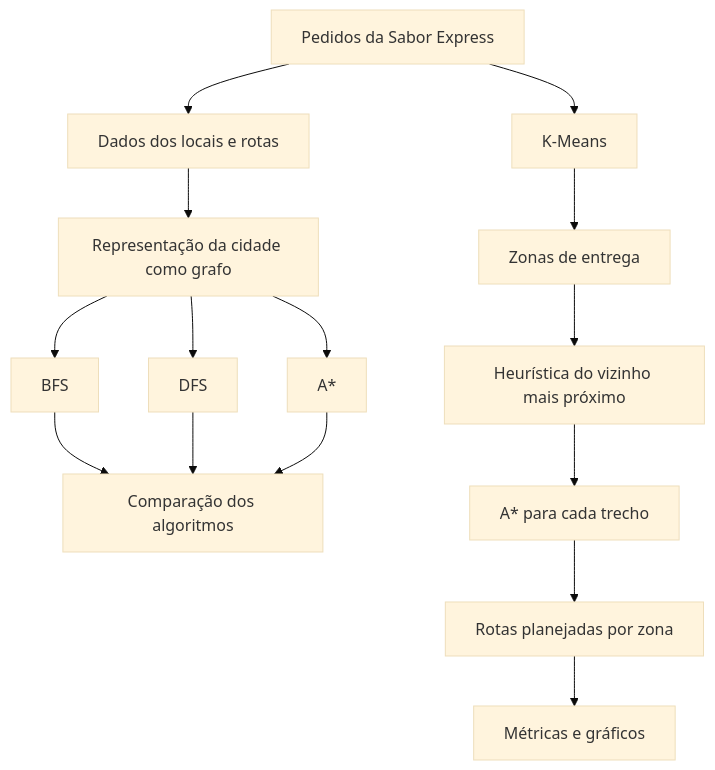
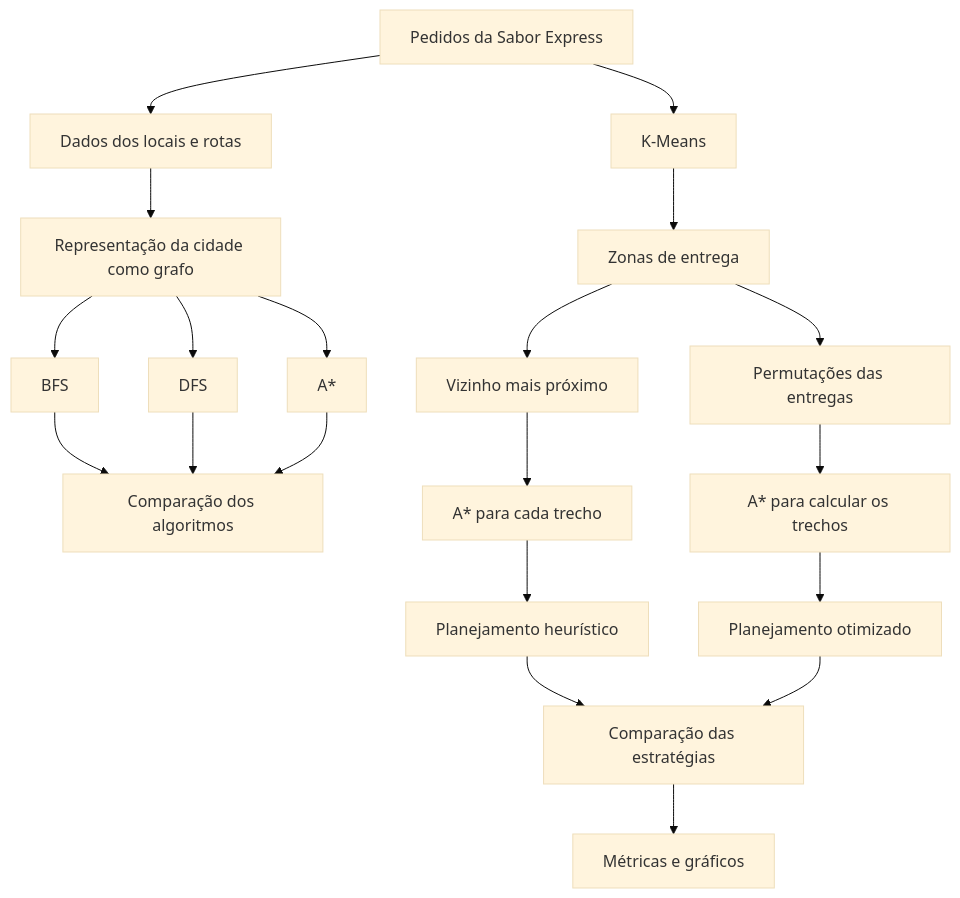
Before and after one commit to JulianaC2075/rota-inteligente-ia: the diagram in README.md, drawn with Mermaid (base theme). The commit also changed other lines of this file and 7 other files, not shown here.

````diff
--- a/README.md
+++ b/README.md
@@ -50,17 +54,29 @@
 ```mermaid
 flowchart TD
     A[Pedidos da Sabor Express] --> B[Dados dos locais e rotas]
     B --> C[Representação da cidade como grafo]
+
     C --> D[BFS]
     C --> E[DFS]
     C --> F[A*]
+
     D --> G[Comparação dos algoritmos]
     E --> G
     F --> G
+
     A --> H[K-Means]
     H --> I[Zonas de entrega]
-    I --> J[Heurística do vizinho mais próximo]
+
+    I --> J[Vizinho mais próximo]
     J --> K[A* para cada trecho]
-    K --> L[Rotas planejadas por zona]
-    L --> M[Métricas e gráficos]
+    K --> L[Planejamento heurístico]
+
+    I --> M[Permutações das entregas]
+    M --> N[A* para calcular os trechos]
+    N --> O[Planejamento otimizado]
+
+    L --> P[Comparação das estratégias]
+    O --> P
+
+    P --> Q[Métricas e gráficos]
 ```
````
